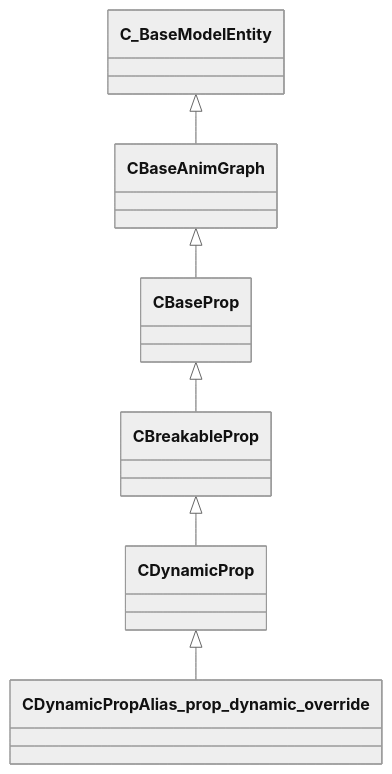
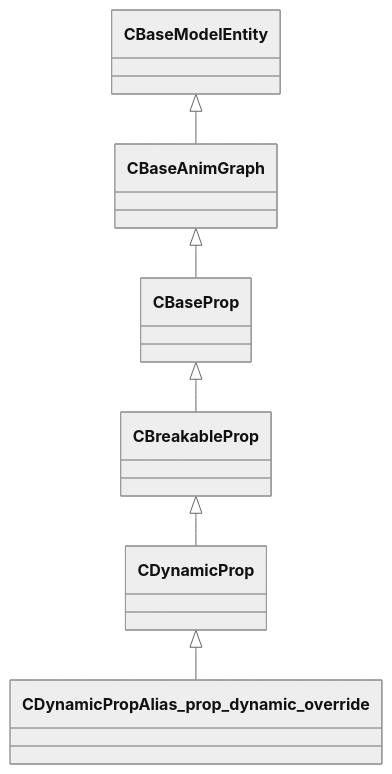
One commit to CS2OpenDev/CS2OpenDev-Docs changed the diagram in docs/generated/schemas/server/CDynamicPropAlias_prop_dynamic_override.md. Above: the diagram before and after it, drawn with Mermaid (neutral theme). The commit also changed other lines of this file and 4525 other files, not shown here.

````diff
--- a/docs/generated/schemas/server/CDynamicPropAlias_prop_dynamic_override.md
+++ b/docs/generated/schemas/server/CDynamicPropAlias_prop_dynamic_override.md
@@ -17,8 +19,8 @@
 ```mermaid
 classDiagram
     CDynamicProp <|-- CDynamicPropAlias_prop_dynamic_override
     CBreakableProp <|-- CDynamicProp
     CBaseProp <|-- CBreakableProp
     CBaseAnimGraph <|-- CBaseProp
-    C_BaseModelEntity <|-- CBaseAnimGraph
+    CBaseModelEntity <|-- CBaseAnimGraph
 ```
````
